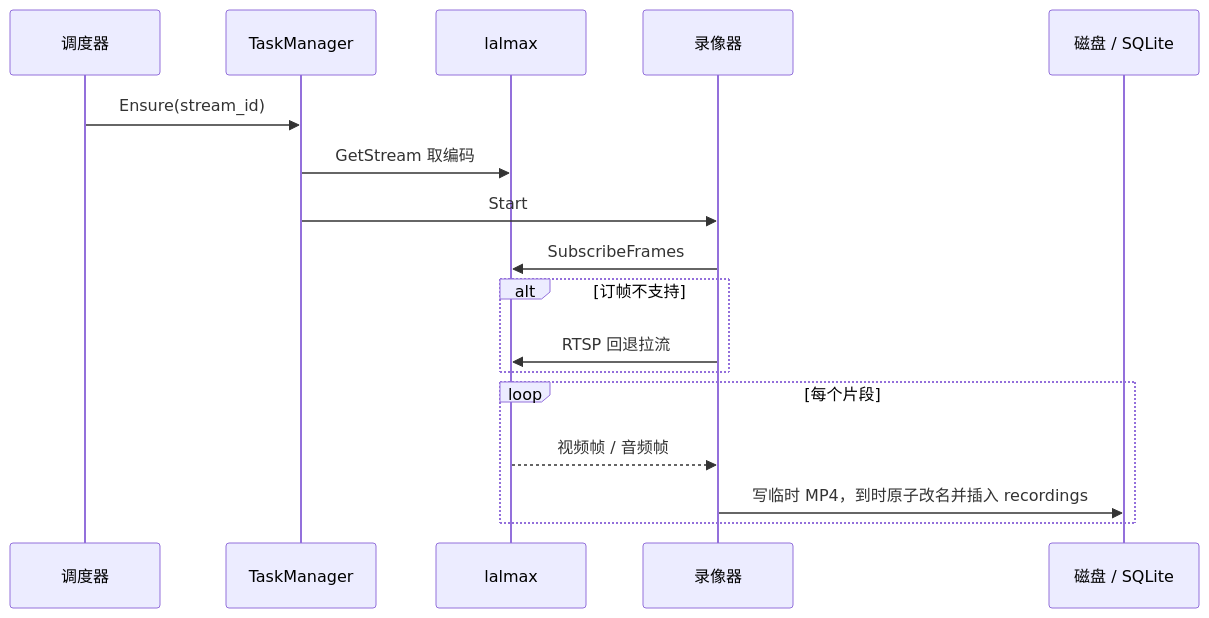
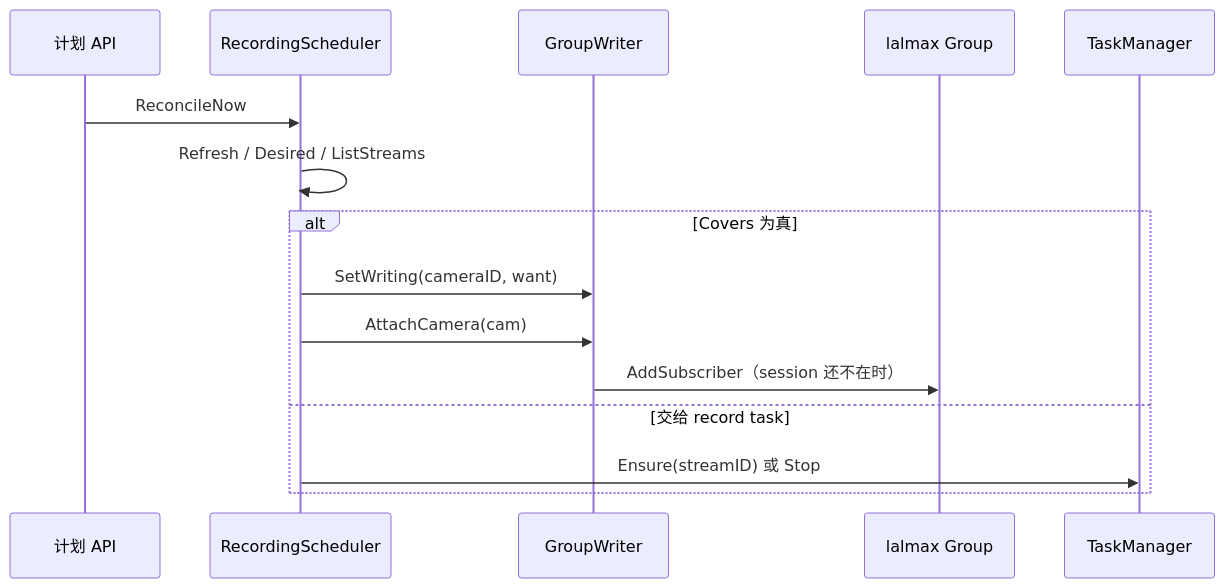
Before and after one commit to lalmax-pro/lalmax-nvr: the second of 2 diagrams in docs/zh/recording-flow.md, drawn with Mermaid. The commit also changed other lines of this file and 4 other files, not shown here.

First line of the commit message:
docs: describe the lalmax group recording flow

````diff
--- a/docs/zh/recording-flow.md
+++ b/docs/zh/recording-flow.md
@@ -71,20 +186,18 @@
 ```mermaid
 sequenceDiagram
-  participant Sched as 调度器
+  participant API as 计划 API
+  participant Sched as RecordingScheduler
+  participant GW as GroupWriter
+  participant Group as lalmax Group
   participant Task as TaskManager
-  participant Lal as lalmax
-  participant Rec as 录像器
-  participant DB as 磁盘 / SQLite
 
-  Sched->>Task: Ensure(stream_id)
-  Task->>Lal: GetStream 取编码
-  Task->>Rec: Start
-  Rec->>Lal: SubscribeFrames
-  alt 订帧不支持
-    Rec->>Lal: RTSP 回退拉流
-  end
-  loop 每个片段
-    Lal-->>Rec: 视频帧 / 音频帧
-    Rec->>DB: 写临时 MP4，到时原子改名并插入 recordings
+  API->>Sched: ReconcileNow
+  Sched->>Sched: Refresh / Desired / ListStreams
+  alt Covers 为真
+    Sched->>GW: SetWriting(cameraID, want)
+    Sched->>GW: AttachCamera(cam)
+    GW->>Group: AddSubscriber（session 还不在时）
+  else 交给 record task
+    Sched->>Task: Ensure(streamID) 或 Stop
   end
 ```
````
